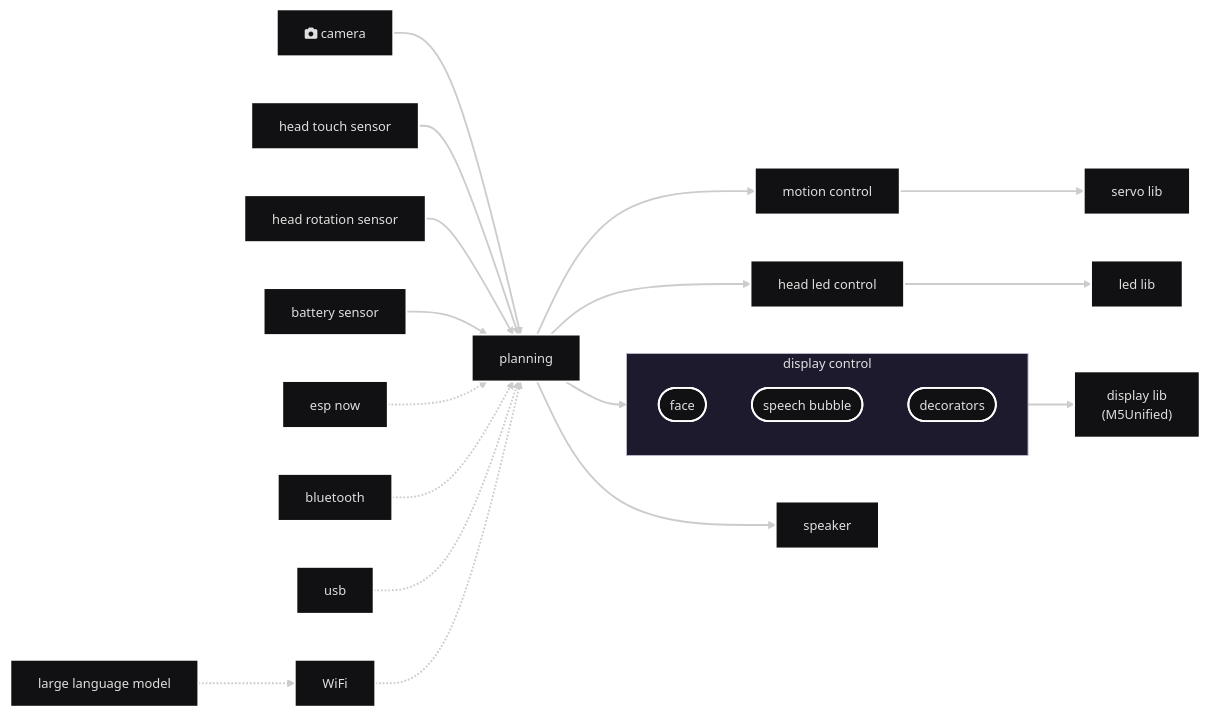
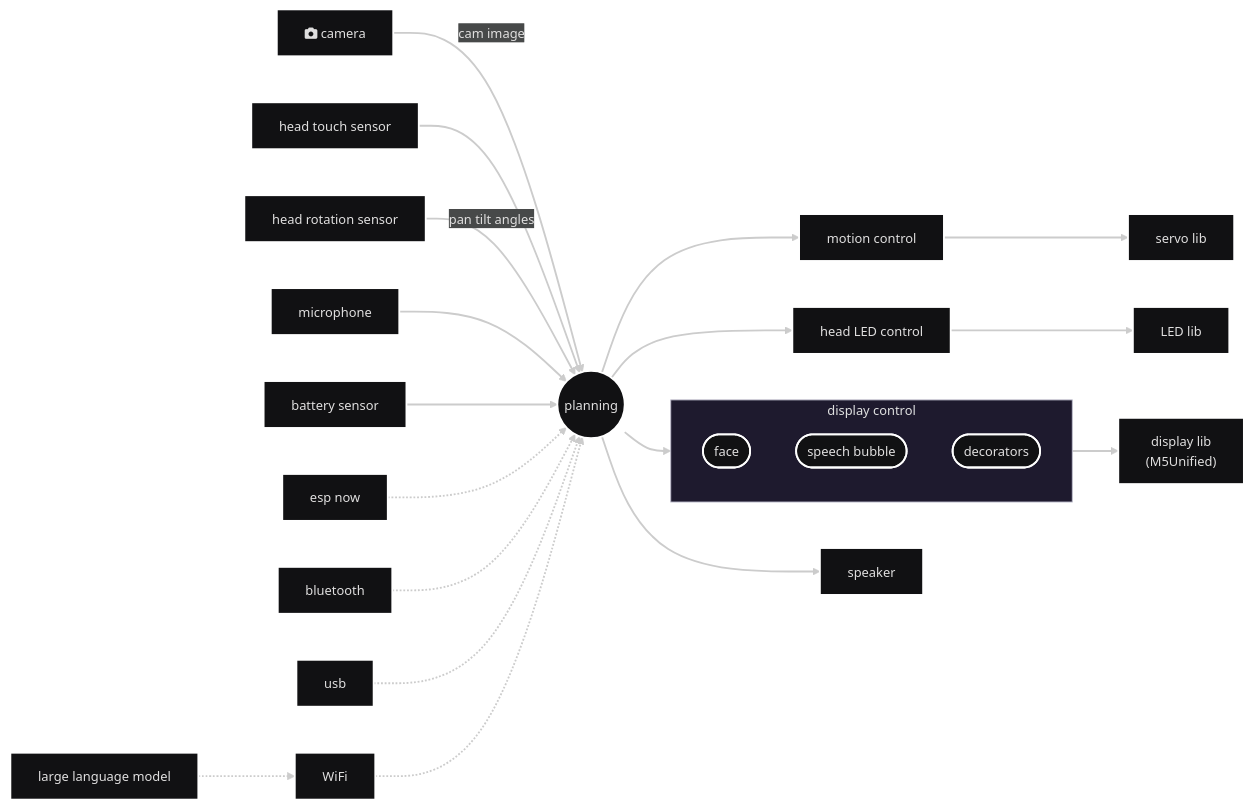
Before and after one commit to botamochi6277/stackchan-display: the diagram in README.md, drawn with Mermaid. The commit also changed other lines of this file and 1 other file, not shown here.

````diff
--- a/README.md
+++ b/README.md
@@ -15,48 +17,52 @@
 ```mermaid
 ---
 config:
   theme: 'redux-dark'
   title: 'M5StackChan architecture'
 ---
 graph LR
 
+
+planning((planning))
+
 %% sensor inputs
 
-camera[fas:fa-camera camera]-->planning
+camera[fas:fa-camera camera]-->|cam image|planning
 touch[head touch sensor]-->planning
-head_rot[head rotation sensor]-->planning
+head_rot[head rotation sensor]-->|pan tilt angles|planning
+mic[microphone]-->planning
 bat[battery sensor]-->planning
 
 %% comm inputs
 
 esp_now[esp now]-.->planning
 ble[bluetooth]-.->planning
 usb[usb]-.->planning
 wifi[WiFi]-.->planning
 
 %% extra
 
 llm[large language model]-.->wifi
 
 %% outputs
 
 planning-->display
 
 subgraph display[display control]
     face([face])
     speech([speech bubble])
     decorators([decorators])
 end
 
 display-->display_lib["display lib<br/>(M5Unified)"]
 
 planning-->mot[motion control]
 mot-->servo_lib[servo lib]
 
 %% head neopixels on M5StackChan Head
-head_led[head led control]
-planning-->head_led[head led control]
-head_led-->led_lib[led lib]
+head_led[head LED control]
+planning-->head_led[head LED control]
+head_led-->led_lib[LED lib]
 
 planning-->speaker
 ```
````
